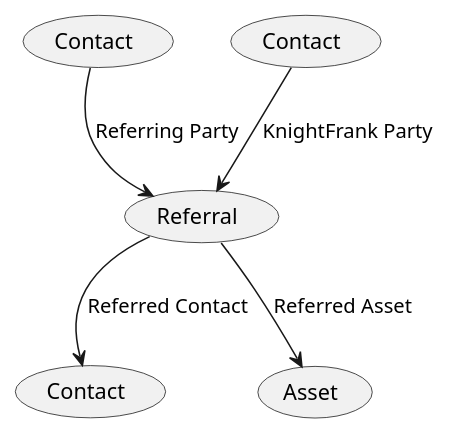
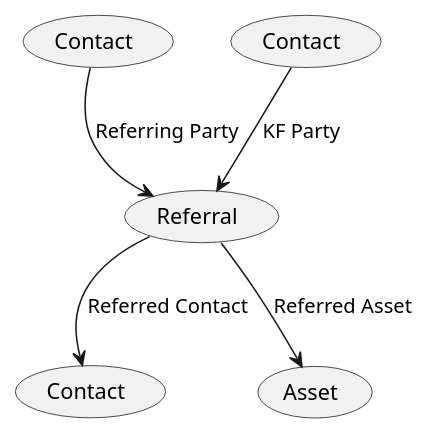
The diagram in assets/RealEstate/Referral.puml (Kf-GaryNewport/Kf-GaryNewport.github.io), drawn with PlantUML before and after one commit. The commit also changed 2 other files, not shown here.

```diff
--- a/assets/RealEstate/Referral.puml
+++ b/assets/RealEstate/Referral.puml
@@ -1,13 +1,13 @@
 @startuml Referral
 
 (Contact) as (ClientParty)
 (Contact) as (KfParty)
 (Contact) as (Referred)
 
 (ClientParty) --> (Referral) : Referring Party
-(KfParty) --> (Referral) : KnightFrank Party
+(KfParty) --> (Referral) : KF Party
 (Referral) --> (Asset) : Referred Asset
 (Referral) --> (Referred) : Referred Contact
 
 
 @enduml
```
